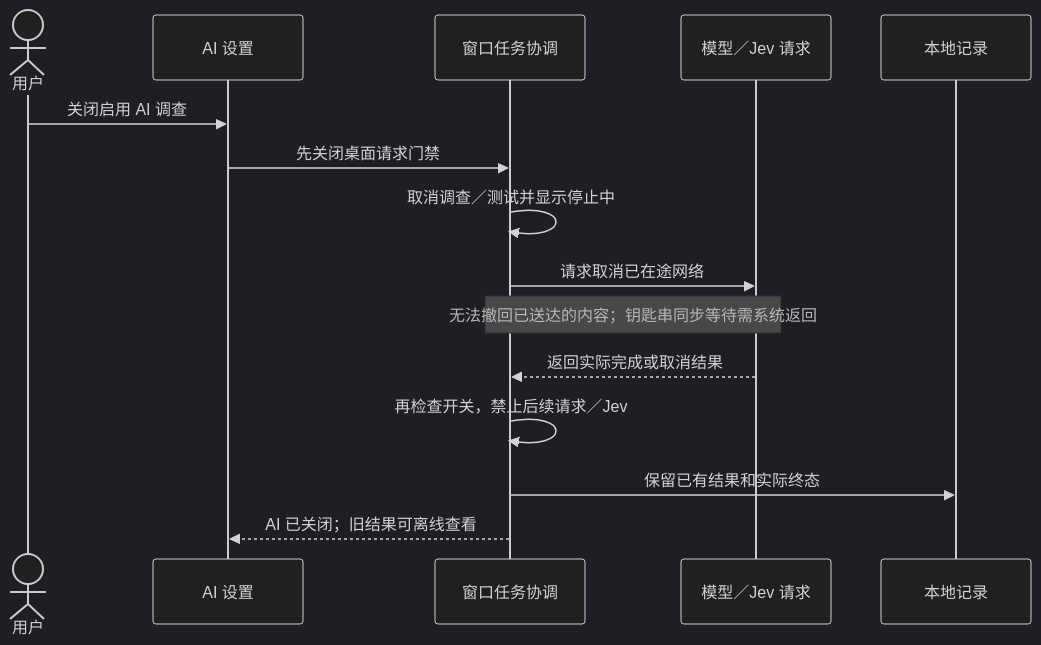
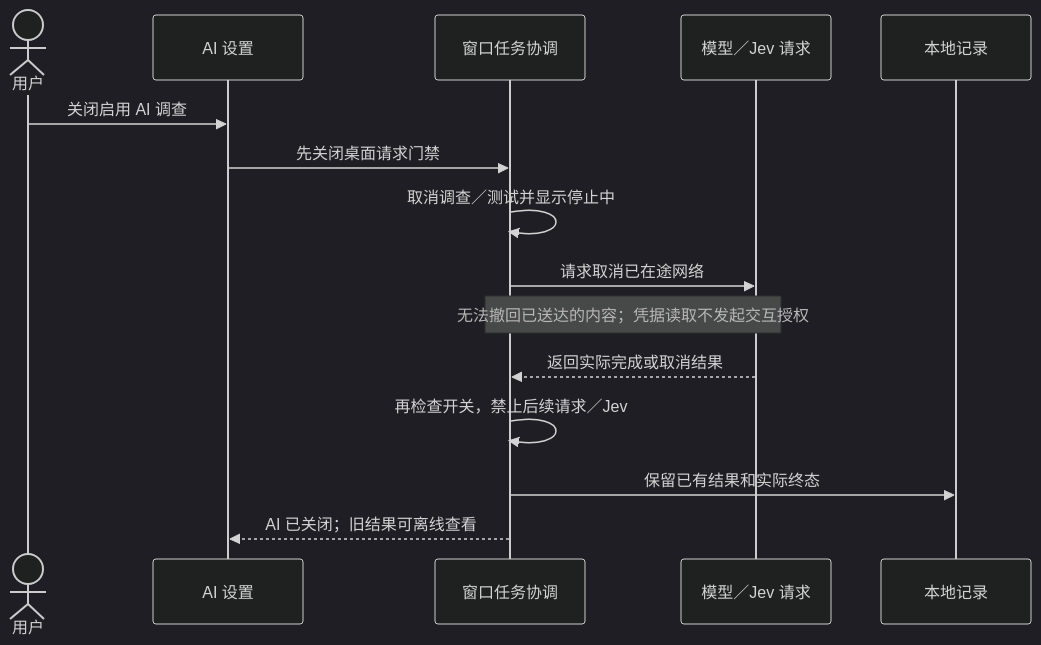
One commit to limecloud/shou changed the ninth of 15 diagrams in docs/zh-CN/architecture/embedded-ai.md. Above: the diagram before and after it, drawn with Mermaid (dark theme). The commit also changed other lines of this file and 112 other files, not shown here.

````diff
--- a/docs/zh-CN/architecture/embedded-ai.md
+++ b/docs/zh-CN/architecture/embedded-ai.md
@@ -300,17 +300,17 @@
 ```mermaid
 sequenceDiagram
     actor U as 用户
     participant Settings as AI 设置
     participant Session as 窗口任务协调
     participant Network as 模型／Jev 请求
     participant Store as 本地记录
     U->>Settings: 关闭启用 AI 调查
     Settings->>Session: 先关闭桌面请求门禁
     Session->>Session: 取消调查／测试并显示停止中
     Session->>Network: 请求取消已在途网络
-    Note over Session,Network: 无法撤回已送达的内容；钥匙串同步等待需系统返回
+    Note over Session,Network: 无法撤回已送达的内容；凭据读取不发起交互授权
     Network-->>Session: 返回实际完成或取消结果
     Session->>Session: 再检查开关，禁止后续请求／Jev
     Session->>Store: 保留已有结果和实际终态
     Session-->>Settings: AI 已关闭；旧结果可离线查看
 ```
````
